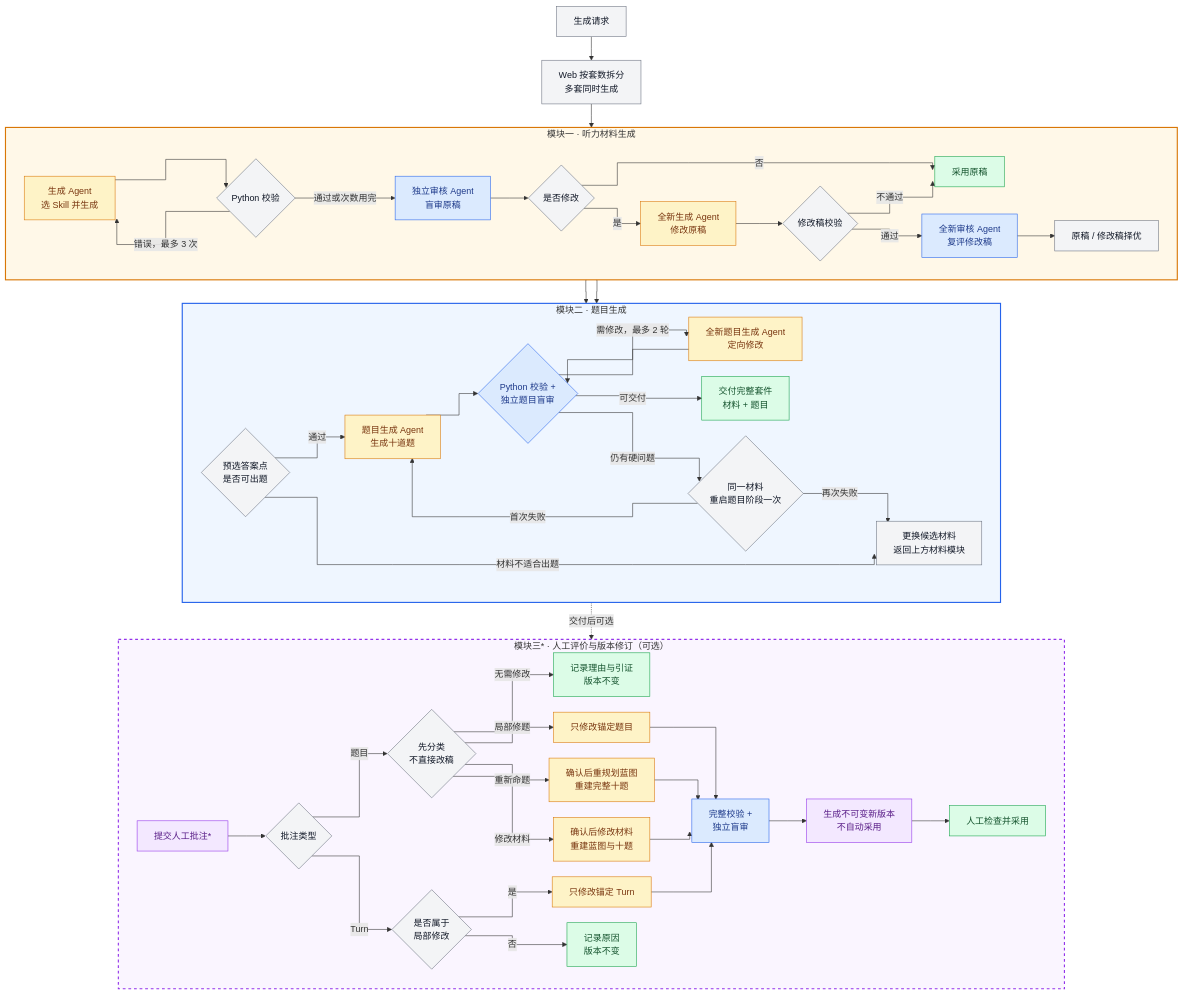
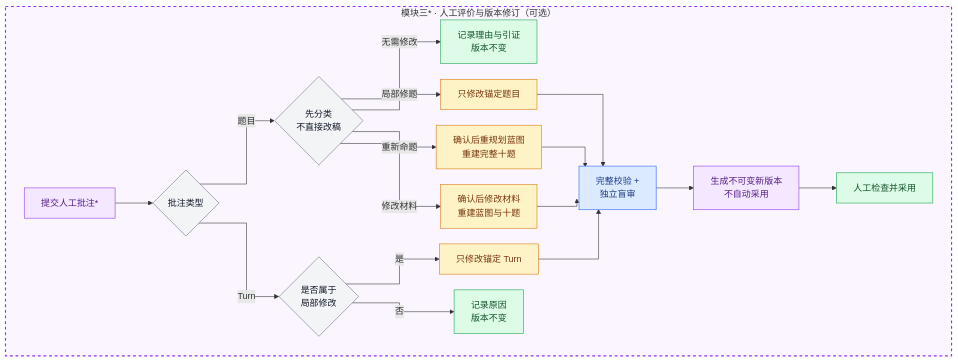
Before and after one commit to wanglingxiao123/ielts-part1-generator: the fourth of 4 diagrams in README.md, drawn with Mermaid.

Commit message:
docs: stabilize agent loop layout

````diff
--- a/README.md
+++ b/README.md
@@ -266,73 +330,34 @@
 ```mermaid
 %%{init: {"flowchart": {"curve": "stepAfter", "nodeSpacing": 28, "rankSpacing": 42}}}%%
-flowchart TB
-    Q["生成请求"] --> F["Web 按套数拆分<br/>多套同时生成"]
-
-    subgraph MATERIAL["模块一 · 听力材料生成"]
-        direction LR
-        G["生成 Agent<br/>选 Skill 并生成"]
-        G --> V{"Python 校验"}
-        V -- "错误，最多 3 次" --> G
-        V -- "通过或次数用完" --> A["独立审核 Agent<br/>盲审原稿"]
-        A --> X{"是否修改"}
-        X -- "否" --> O["采用原稿"]
-        X -- "是" --> R["全新生成 Agent<br/>修改原稿"]
-        R --> C{"修改稿校验"}
-        C -- "不通过" --> O
-        C -- "通过" --> E["全新审核 Agent<br/>复评修改稿"]
-        E --> B["原稿 / 修改稿择优"]
-    end
-
-    F --> G
-    O --> P
-    B --> P
-
-    subgraph QUESTIONS["模块二 · 题目生成"]
-        direction LR
-        P{"预选答案点<br/>是否可出题"}
-        P -- "通过" --> T["题目生成 Agent<br/>生成十道题"]
-        T --> H{"Python 校验 +<br/>独立题目盲审"}
-        H -- "需修改，最多 2 轮" --> J["全新题目生成 Agent<br/>定向修改"]
-        J --> H
-        H -- "可交付" --> D["交付完整套件<br/>材料 + 题目"]
-        H -- "仍有硬问题" --> K{"同一材料<br/>重启题目阶段一次"}
-        K -- "首次失败" --> T
-        K -- "再次失败" --> W["更换候选材料<br/>返回上方材料模块"]
-        P -- "材料不适合出题" --> W
-    end
-
-    D -. "交付后可选" .-> CM
-
+flowchart LR
     subgraph REVISION["模块三* · 人工评价与版本修订（可选）"]
         direction LR
         CM["提交人工批注*"] --> CT{"批注类型"}
         CT -- "题目" --> CL{"先分类<br/>不直接改稿"}
         CT -- "Turn" --> TL{"是否属于<br/>局部修改"}
         CL -- "无需修改" --> NC["记录理由与引证<br/>版本不变"]
         CL -- "局部修题" --> QR["只修改锚定题目"]
         CL -- "重新命题" --> RP["确认后重规划蓝图<br/>重建完整十题"]
         CL -- "修改材料" --> MR["确认后修改材料<br/>重建蓝图与十题"]
         TL -- "是" --> LR["只修改锚定 Turn"]
         TL -- "否" --> LN["记录原因<br/>版本不变"]
         QR --> QA["完整校验 +<br/>独立盲审"]
         RP --> QA
         MR --> QA
         LR --> QA
         QA --> NV["生成不可变新版本<br/>不自动采用"]
         NV --> AD["人工检查并采用"]
     end
 
     classDef ai fill:#fef3c7,stroke:#d97706,color:#78350f;
     classDef audit fill:#dbeafe,stroke:#2563eb,color:#1e3a8a;
     classDef code fill:#f3f4f6,stroke:#6b7280,color:#111827;
     classDef done fill:#dcfce7,stroke:#16a34a,color:#14532d;
     classDef optional fill:#f3e8ff,stroke:#9333ea,color:#581c87;
-    class G,R,T,J,QR,RP,MR,LR ai;
-    class A,E,H,QA audit;
-    class Q,F,V,X,C,B,P,K,W,CT,CL,TL code;
+    class QR,RP,MR,LR ai;
+    class QA audit;
+    class CT,CL,TL code;
     class CM,NV optional;
-    class O,D,NC,LN,AD done;
-    style MATERIAL fill:#fff8e8,stroke:#d97706,stroke-width:2px;
-    style QUESTIONS fill:#eff6ff,stroke:#2563eb,stroke-width:2px;
+    class NC,LN,AD done;
     style REVISION fill:#faf5ff,stroke:#9333ea,stroke-width:2px,stroke-dasharray:5 5;
 ```
````
